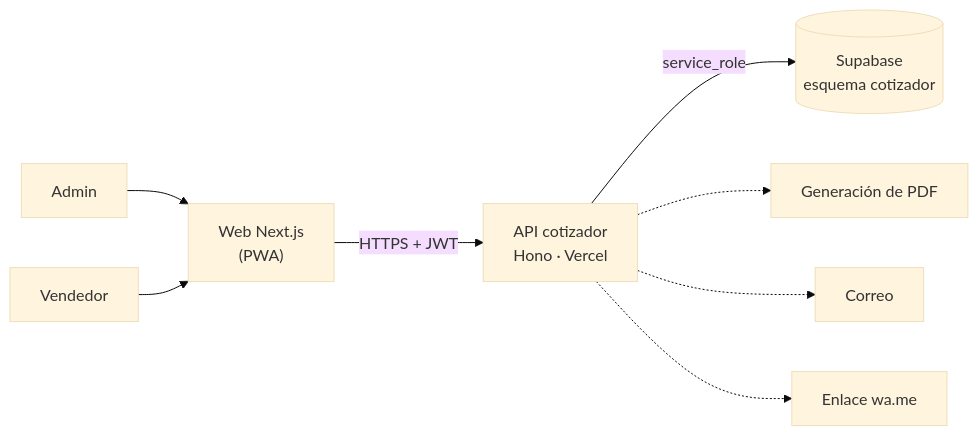
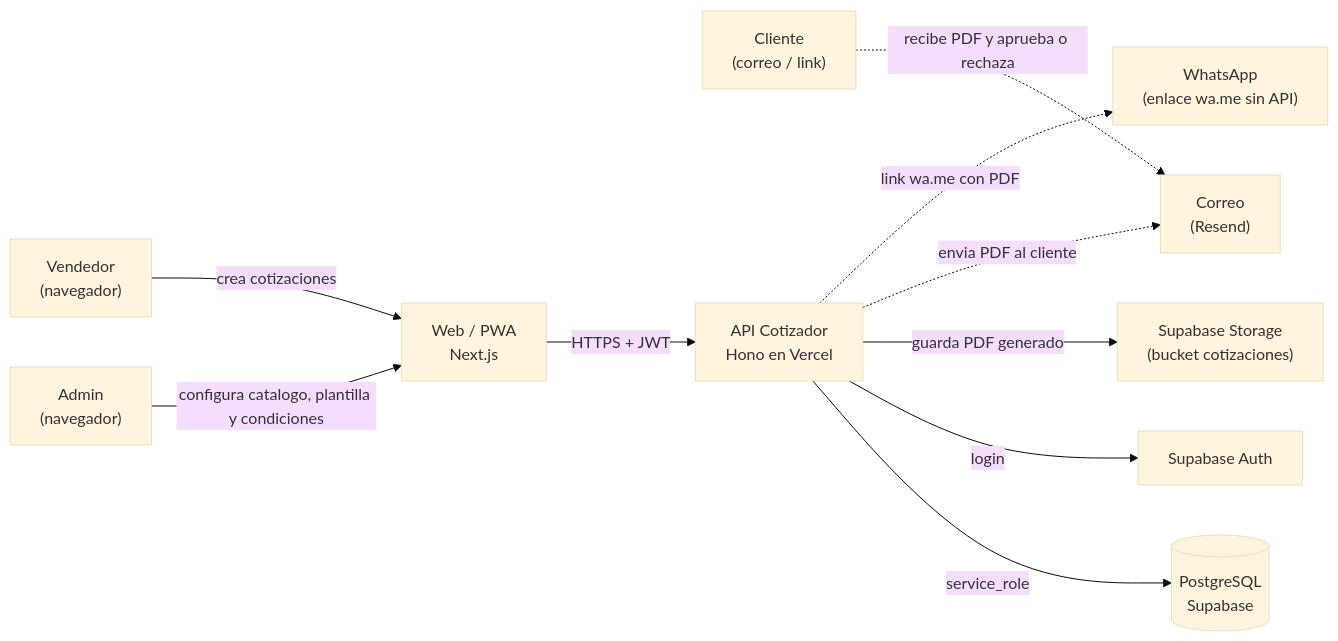
One commit to brayanChapo/novatech-microapps changed the first of 4 diagrams in 13-cotizador-pdf/docs/02-arquitectura.md. Above: the diagram before and after it, drawn with Mermaid (base theme). The commit also changed other lines of this file and 28 other files, not shown here.

````diff
--- a/13-cotizador-pdf/docs/02-arquitectura.md
+++ b/13-cotizador-pdf/docs/02-arquitectura.md
@@ -5,11 +7,12 @@
 ```mermaid
 flowchart LR
-    U0["Admin"] --> WEB
-    U1["Vendedor"] --> WEB
-    WEB["Web Next.js<br/>(PWA)"] -->|HTTPS + JWT| API["API cotizador<br/>Hono · Vercel"]
-    
-    API -->|service_role| DB[("Supabase<br/>esquema cotizador")]
-    API -.-> I0["Generación de PDF"]
-    API -.-> I1["Correo"]
-    API -.-> I2["Enlace wa.me"]
+    ADM["Admin\n(navegador)"] -->|configura catalogo, plantilla y condiciones| WEB["Web / PWA\nNext.js"]
+    VEN["Vendedor\n(navegador)"] -->|crea cotizaciones| WEB
+    CLI["Cliente\n(correo / link)"] -.->|recibe PDF y aprueba o rechaza| MAIL["Correo\n(Resend)"]
+    WEB -->|HTTPS + JWT| API["API Cotizador\nHono en Vercel"]
+    API -->|service_role| DB[("PostgreSQL\nSupabase")]
+    API -->|login| AUTH["Supabase Auth"]
+    API -->|guarda PDF generado| STO["Supabase Storage\n(bucket cotizaciones)"]
+    API -.->|envia PDF al cliente| MAIL
+    API -.->|link wa.me con PDF| WA["WhatsApp\n(enlace wa.me sin API)"]
 ```
````
